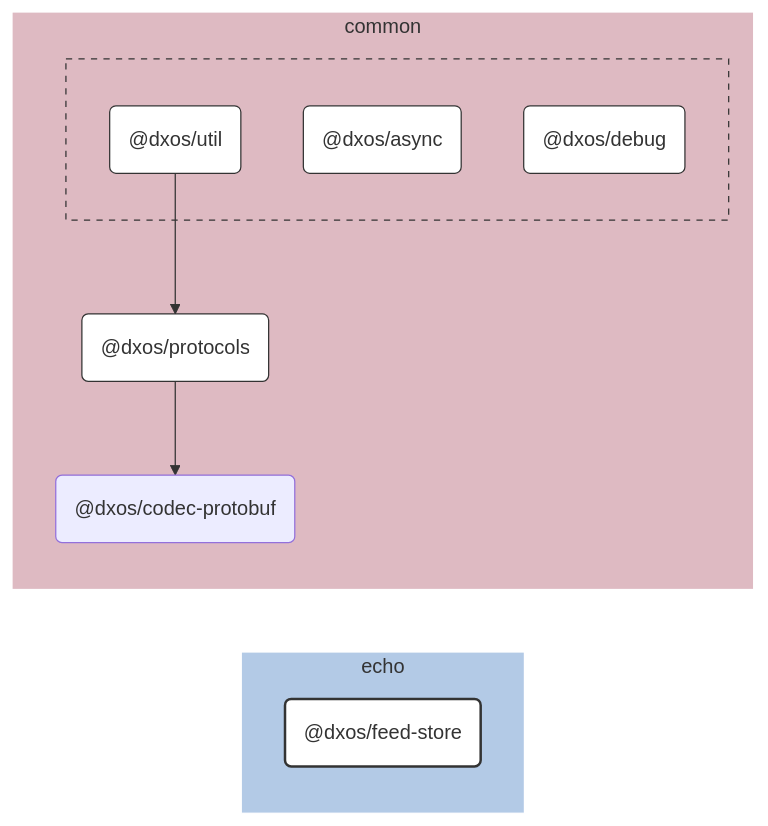
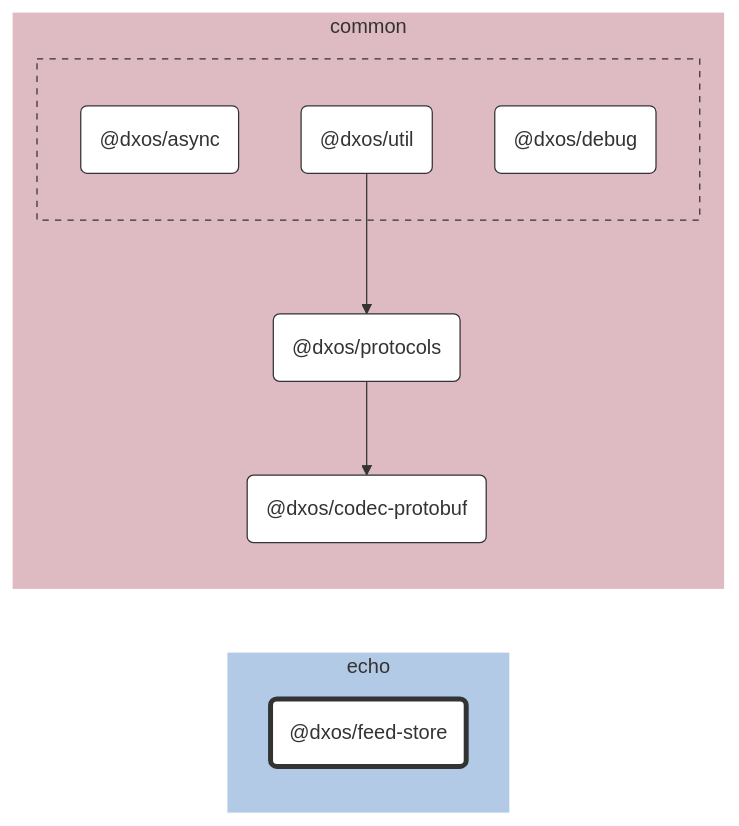
One commit to dxos/dxos changed the diagram in packages/echo/feed-store/docs/README.md. Above: the diagram before and after it, drawn with Mermaid. The commit also changed other lines of this file and 104 other files, not shown here.

````diff
--- a/packages/echo/feed-store/docs/README.md
+++ b/packages/echo/feed-store/docs/README.md
@@ -7,50 +7,40 @@
 ```mermaid
 %%{ init: {'flowchart':{'curve':'basis'}} }%%
 
 flowchart LR
 
-%% Links
-dxos/protocols --> dxos/codec-protobuf;
-dxos/util --> dxos/protocols;
+%% Classes
+classDef def fill:#fff,stroke:#333,stroke-width:1px
+classDef root fill:#fff,stroke:#333,stroke-width:4px
 
-%% Sections
-subgraph echo
-  style echo fill:#b3cae6,stroke:#fff;
+%% Nodes
 
-  dxos/feed-store("@dxos/feed-store")
+subgraph echo [echo]
+  style echo fill:#b3cae6,stroke:#fff
+  dxos/feed-store("@dxos/feed-store"):::root
+  click dxos/feed-store "dxos/dxos/tree/main/packages/echo/feed-store/docs"
 end
 
-subgraph common
-  style common fill:#debac2,stroke:#fff;
-
-  dxos/codec-protobuf("@dxos/codec-protobuf")
-  dxos/protocols("@dxos/protocols")
+subgraph common [common]
+  style common fill:#debac2,stroke:#fff
+  dxos/protocols("@dxos/protocols"):::def
+  click dxos/protocols "dxos/dxos/tree/main/packages/common/protocols/docs"
+  dxos/codec-protobuf("@dxos/codec-protobuf"):::def
+  click dxos/codec-protobuf "dxos/dxos/tree/main/packages/common/codec-protobuf/docs"
 
   subgraph common-excluded [ ]
-    style common-excluded fill:#debac2,stroke:#333,stroke-dasharray:5 5;
-
-    dxos/async("@dxos/async")
-    dxos/debug("@dxos/debug")
-    dxos/util("@dxos/util")
+    style common-excluded fill:#debac2,stroke:#333,stroke-dasharray:5 5
+    dxos/async("@dxos/async"):::def
+    click dxos/async "dxos/dxos/tree/main/packages/common/async/docs"
+    dxos/debug("@dxos/debug"):::def
+    click dxos/debug "dxos/dxos/tree/main/packages/common/debug/docs"
+    dxos/util("@dxos/util"):::def
+    click dxos/util "dxos/dxos/tree/main/packages/common/util/docs"
   end
 end
 
-
-%% Hyperlinks
-click dxos/async "dxos/dxos/tree/main/packages/common/async/docs";
-click dxos/debug "dxos/dxos/tree/main/packages/common/debug/docs";
-click dxos/protocols "dxos/dxos/tree/main/packages/common/protocols/docs";
-click dxos/util "dxos/dxos/tree/main/packages/common/util/docs";
-
-%% Styles
-classDef rootNode fill:#fff,stroke:#333,stroke-width:2px
-classDef defaultNode fill:#fff,stroke:#333,stroke-width:1px
+%% Links
 linkStyle default stroke:#333,stroke-width:1px
-
-dxos/feed-store:::rootNode
-
-dxos/async:::defaultNode
-dxos/debug:::defaultNode
-dxos/protocols:::defaultNode
-dxos/util:::defaultNode
+dxos/util --> dxos/protocols
+dxos/protocols --> dxos/codec-protobuf
 ```
````
